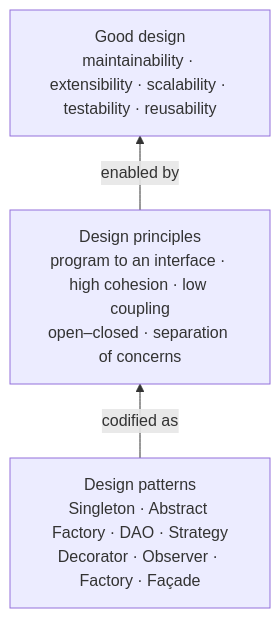
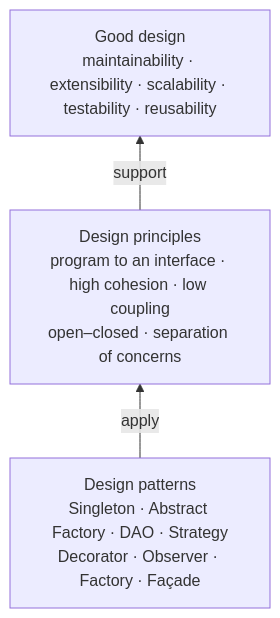
Diagram 18 of 41 in sc2006/SC2006_Study_Guide.md (lekekbot/ntu-cs), drawn with Mermaid before and after one commit. The commit also changed other lines of this file, not shown here.

````diff
--- a/sc2006/SC2006_Study_Guide.md
+++ b/sc2006/SC2006_Study_Guide.md
@@ -1335,8 +1349,8 @@
 ```mermaid
 flowchart BT
     PAT["Design patterns<br/>Singleton · Abstract Factory · DAO · Strategy<br/>Decorator · Observer · Factory · Façade"]
     PRI["Design principles<br/>program to an interface · high cohesion · low coupling<br/>open–closed · separation of concerns"]
     GOOD["Good design<br/>maintainability · extensibility · scalability · testability · reusability"]
-    PAT -->|codified as| PRI
-    PRI -->|enabled by| GOOD
+    PAT -->|apply| PRI
+    PRI -->|support| GOOD
 ```
````
